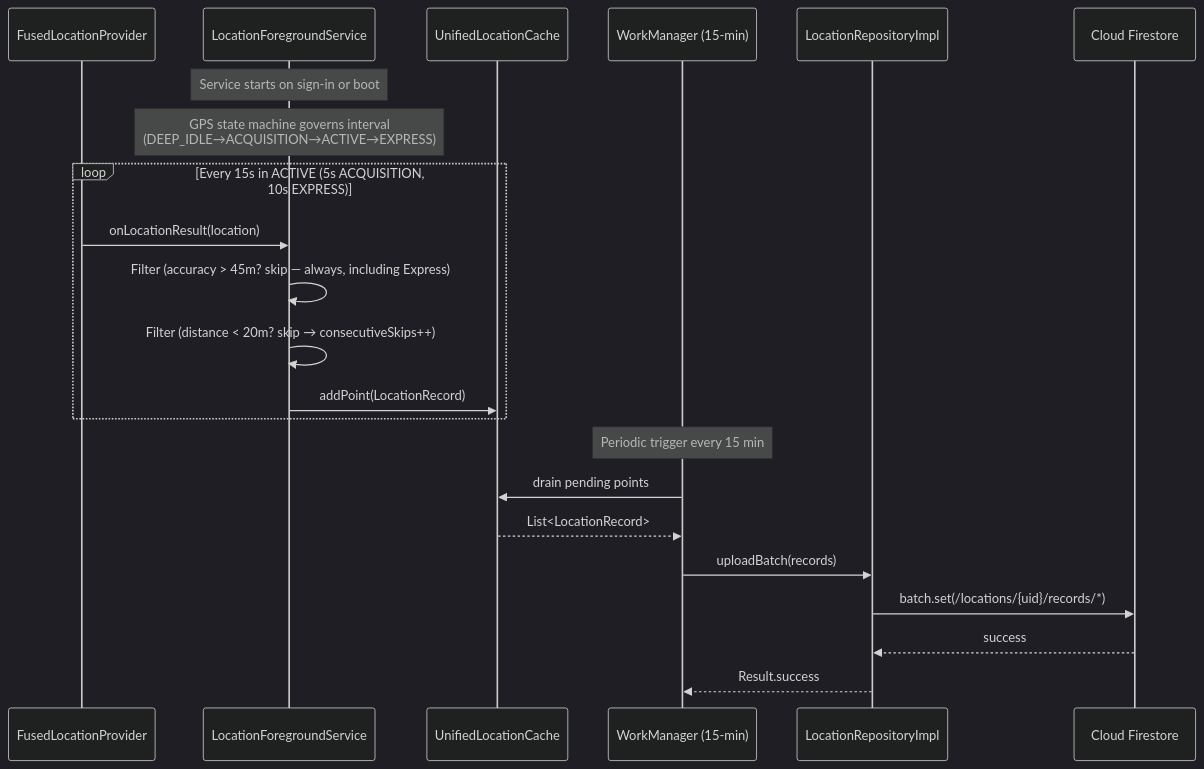
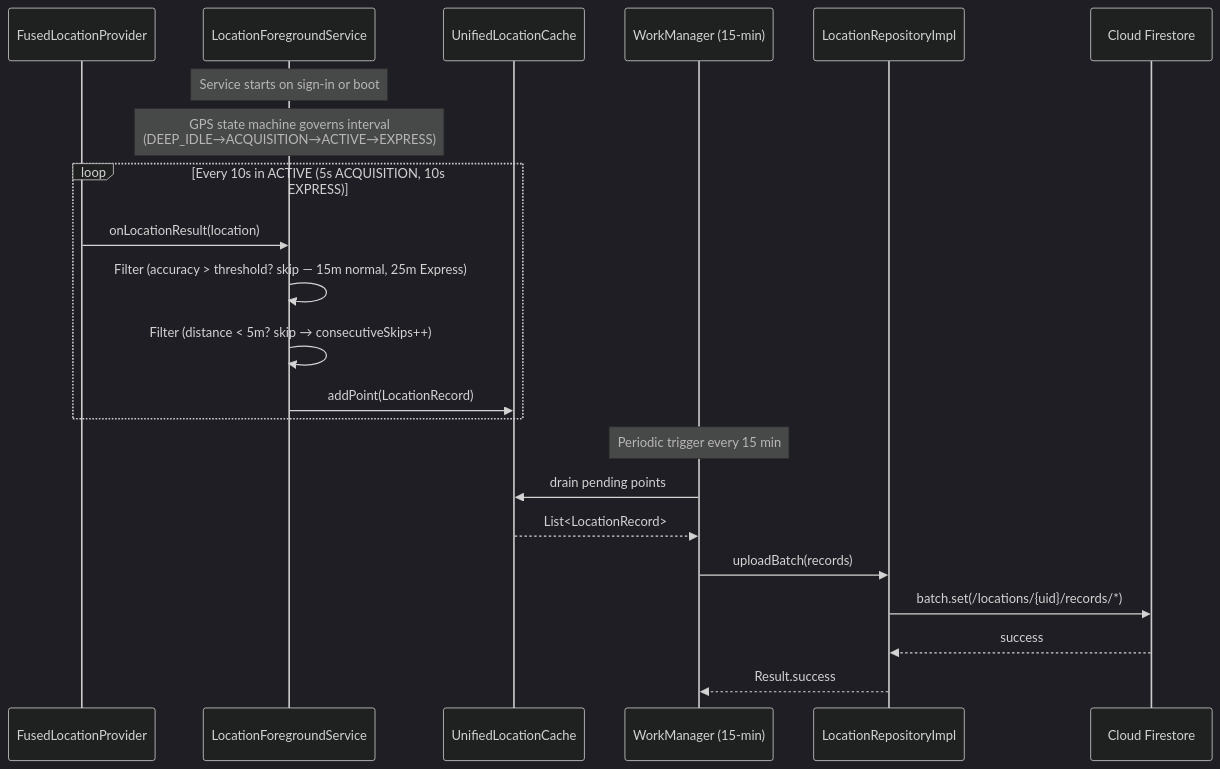
One commit to shajoshi/Apps changed the second of 11 diagrams in BkgTracker/docs/ARCHITECTURE.md. Above: the diagram before and after it, drawn with Mermaid (dark theme). The commit also changed other lines of this file and 5 other files, not shown here.

````diff
--- a/BkgTracker/docs/ARCHITECTURE.md
+++ b/BkgTracker/docs/ARCHITECTURE.md
@@ -59,26 +59,26 @@
 ```mermaid
 sequenceDiagram
     participant GPS as FusedLocationProvider
     participant SVC as LocationForegroundService
     participant Cache as UnifiedLocationCache
     participant WM as WorkManager (15-min)
     participant Repo as LocationRepositoryImpl
     participant FS as Cloud Firestore
 
     Note over SVC: Service starts on sign-in or boot
     Note over SVC: GPS state machine governs interval<br/>(DEEP_IDLE→ACQUISITION→ACTIVE→EXPRESS)
-    loop Every 15s in ACTIVE (5s ACQUISITION, 10s EXPRESS)
+    loop Every 10s in ACTIVE (5s ACQUISITION, 10s EXPRESS)
         GPS->>SVC: onLocationResult(location)
-        SVC->>SVC: Filter (accuracy > 45m? skip — always, including Express)
-        SVC->>SVC: Filter (distance < 20m? skip → consecutiveSkips++)
+        SVC->>SVC: Filter (accuracy > threshold? skip — 15m normal, 25m Express)
+        SVC->>SVC: Filter (distance < 5m? skip → consecutiveSkips++)
         SVC->>Cache: addPoint(LocationRecord)
     end
 
     Note over WM: Periodic trigger every 15 min
     WM->>Cache: drain pending points
     Cache-->>WM: List<LocationRecord>
     WM->>Repo: uploadBatch(records)
     Repo->>FS: batch.set(/locations/{uid}/records/*)
     FS-->>Repo: success
     Repo-->>WM: Result.success
 ```
````
